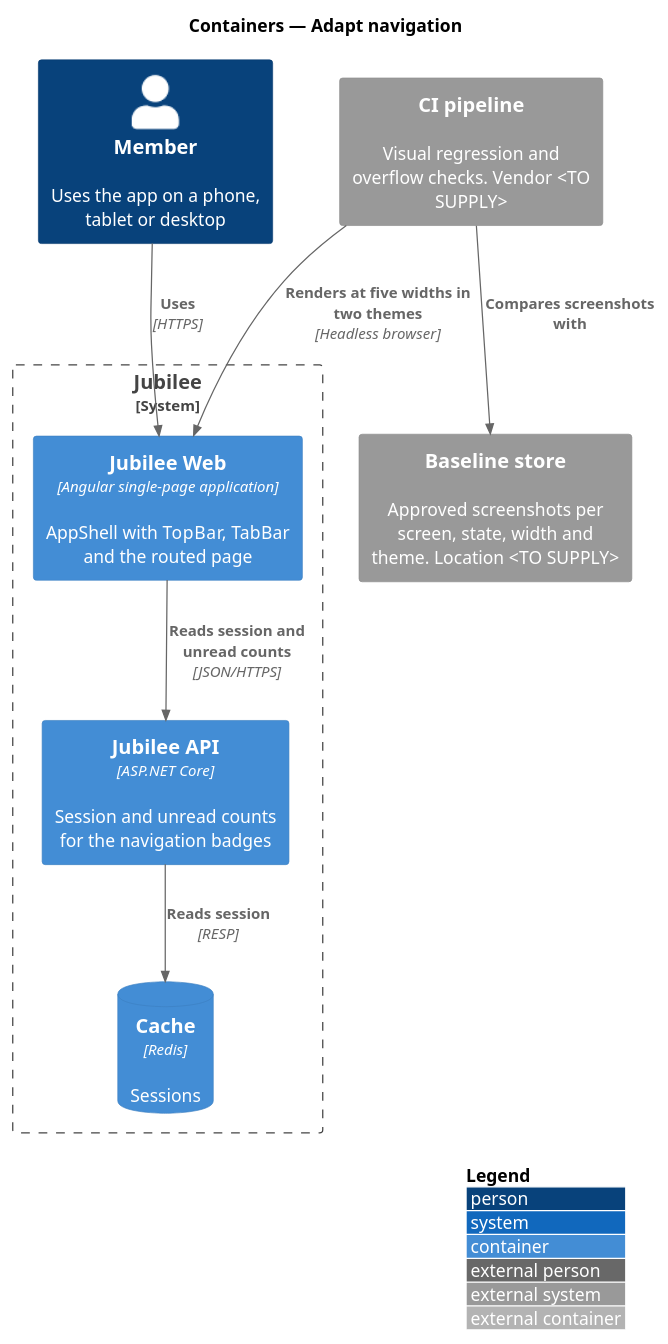
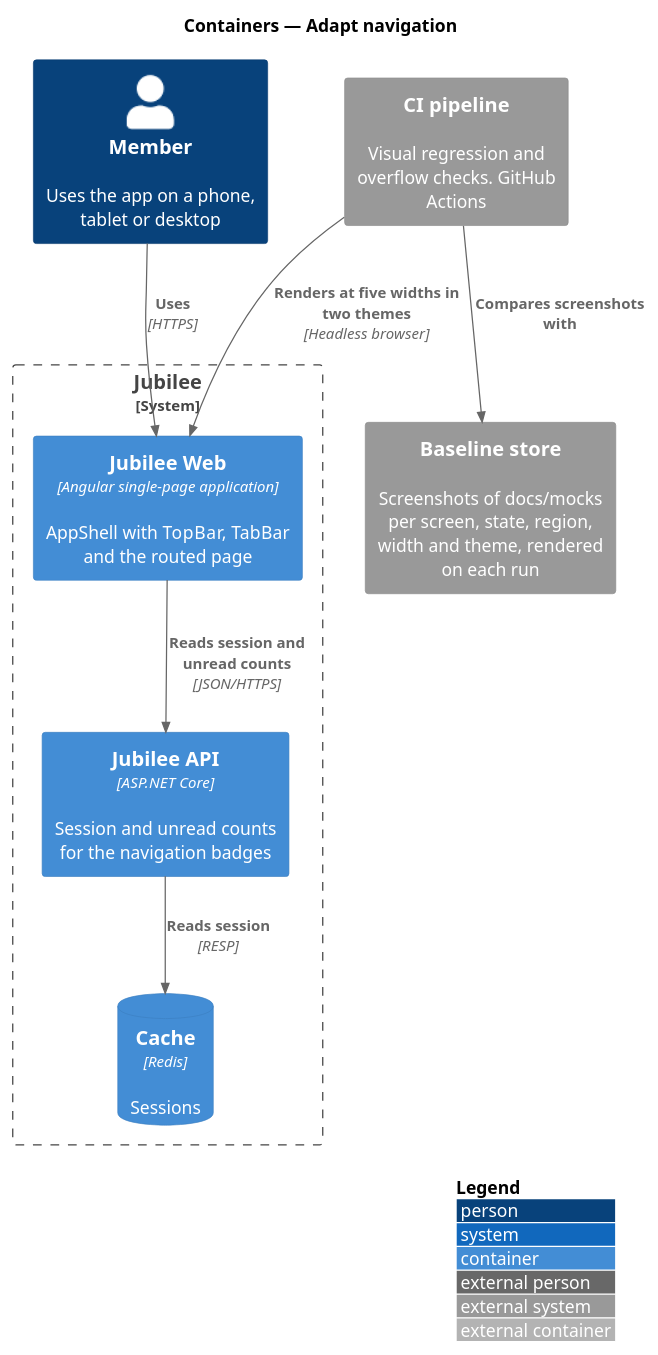
One commit to QuinntyneBrown/jubilee changed the diagram in docs/detailed-designs/responsive-design/adapt-navigation/diagrams/c4-container.puml. Above: the diagram before and after it, drawn with PlantUML. The commit also changed 28 other files, not shown here.

```diff
--- a/docs/detailed-designs/responsive-design/adapt-navigation/diagrams/c4-container.puml
+++ b/docs/detailed-designs/responsive-design/adapt-navigation/diagrams/c4-container.puml
@@ -1,20 +1,20 @@
 @startuml
 !include <C4/C4_Container>
 LAYOUT_WITH_LEGEND()
 title Containers — Adapt navigation
 
 Person(member, "Member", "Uses the app on a phone, tablet or desktop")
 System_Boundary(jubilee, "Jubilee") {
   Container(web, "Jubilee Web", "Angular single-page application", "AppShell with TopBar, TabBar and the routed page")
   Container(api, "Jubilee API", "ASP.NET Core", "Session and unread counts for the navigation badges")
   ContainerDb(cache, "Cache", "Redis", "Sessions")
 }
-System_Ext(ci, "CI pipeline", "Visual regression and overflow checks. Vendor <TO SUPPLY>")
-System_Ext(baselines, "Baseline store", "Approved screenshots per screen, state, width and theme. Location <TO SUPPLY>")
+System_Ext(ci, "CI pipeline", "Visual regression and overflow checks. GitHub Actions")
+System_Ext(baselines, "Baseline store", "Screenshots of docs/mocks per screen, state, region, width and theme, rendered on each run")
 
 Rel(member, web, "Uses", "HTTPS")
 Rel(web, api, "Reads session and unread counts", "JSON/HTTPS")
 Rel(api, cache, "Reads session", "RESP")
 Rel(ci, web, "Renders at five widths in two themes", "Headless browser")
 Rel(ci, baselines, "Compares screenshots with")
 @enduml
```
